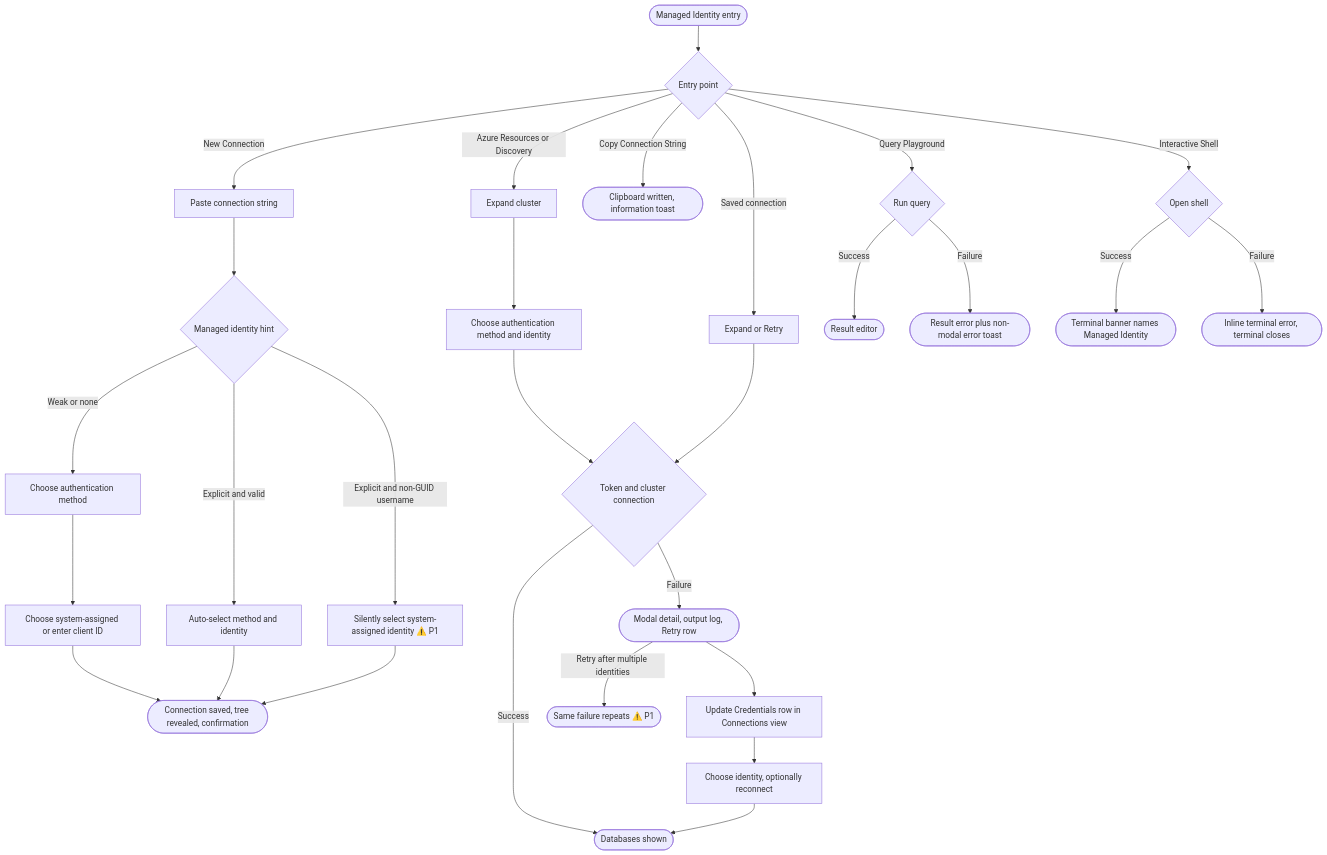
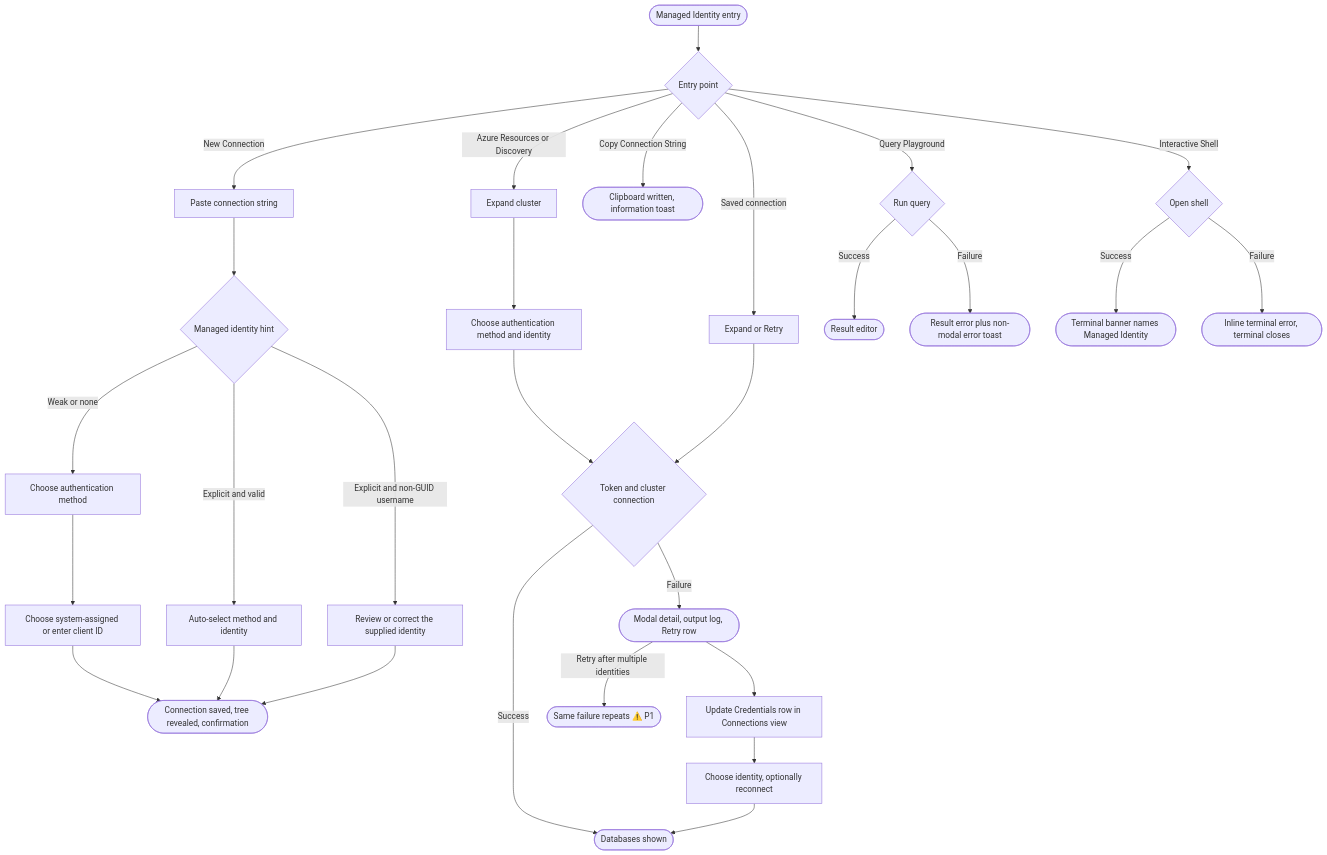
The first of 2 diagrams in docs/ai-and-plans/PRs/886-managed-identity/ux-review.md (microsoft/vscode-documentdb), drawn with Mermaid before and after one commit. The commit also changed other lines of this file and 10 other files, not shown here.

First line of the commit message:
UX review: keep a supplied identity editable, compare auth identity for duplicates

````diff
--- a/docs/ai-and-plans/PRs/886-managed-identity/ux-review.md
+++ b/docs/ai-and-plans/PRs/886-managed-identity/ux-review.md
@@ -76,35 +76,35 @@
 ```mermaid
 flowchart TD
     A([Managed Identity entry]) --> B{Entry point}
 
     B -->|New Connection| C[Paste connection string]
     C --> D{Managed identity hint}
     D -->|Explicit and valid| E[Auto-select method and identity]
-    D -->|Explicit and non-GUID username| F[Silently select system-assigned identity ⚠️ P1]
+    D -->|Explicit and non-GUID username| F[Review or correct the supplied identity]
     D -->|Weak or none| G[Choose authentication method]
     G --> H[Choose system-assigned or enter client ID]
     H --> I([Connection saved, tree revealed, confirmation])
     E --> I
     F --> I
 
     B -->|Azure Resources or Discovery| J[Expand cluster]
     J --> K[Choose authentication method and identity]
     K --> L{Token and cluster connection}
 
     B -->|Saved connection| M[Expand or Retry]
     M --> L
     L -->|Success| N([Databases shown])
     L -->|Failure| O([Modal detail, output log, Retry row])
     O --> P[Update Credentials row in Connections view]
     O -->|Retry after multiple identities| Q([Same failure repeats ⚠️ P1])
     P --> R[Choose identity, optionally reconnect]
     R --> N
 
     B -->|Copy Connection String| S([Clipboard written, information toast])
     B -->|Query Playground| T{Run query}
     T -->|Success| U([Result editor])
     T -->|Failure| V([Result error plus non-modal error toast])
     B -->|Interactive Shell| W{Open shell}
     W -->|Success| X([Terminal banner names Managed Identity])
     W -->|Failure| Y([Inline terminal error, terminal closes])
 ```
````
